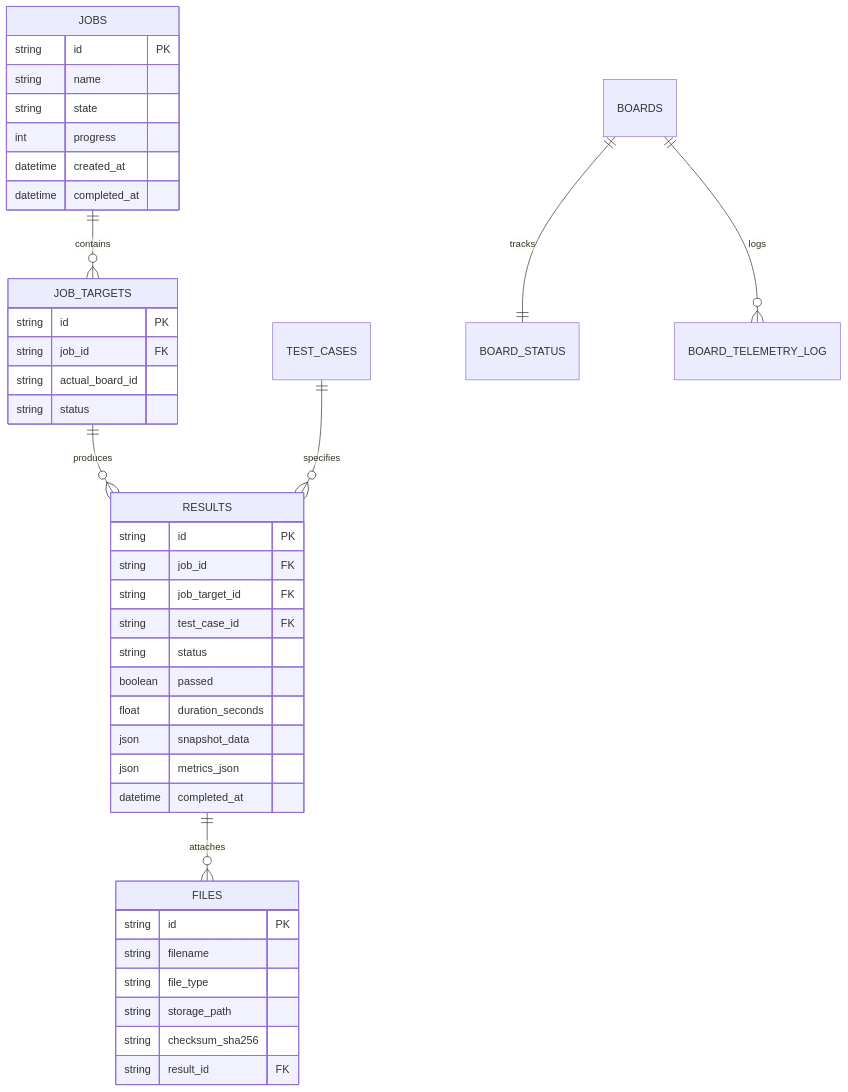
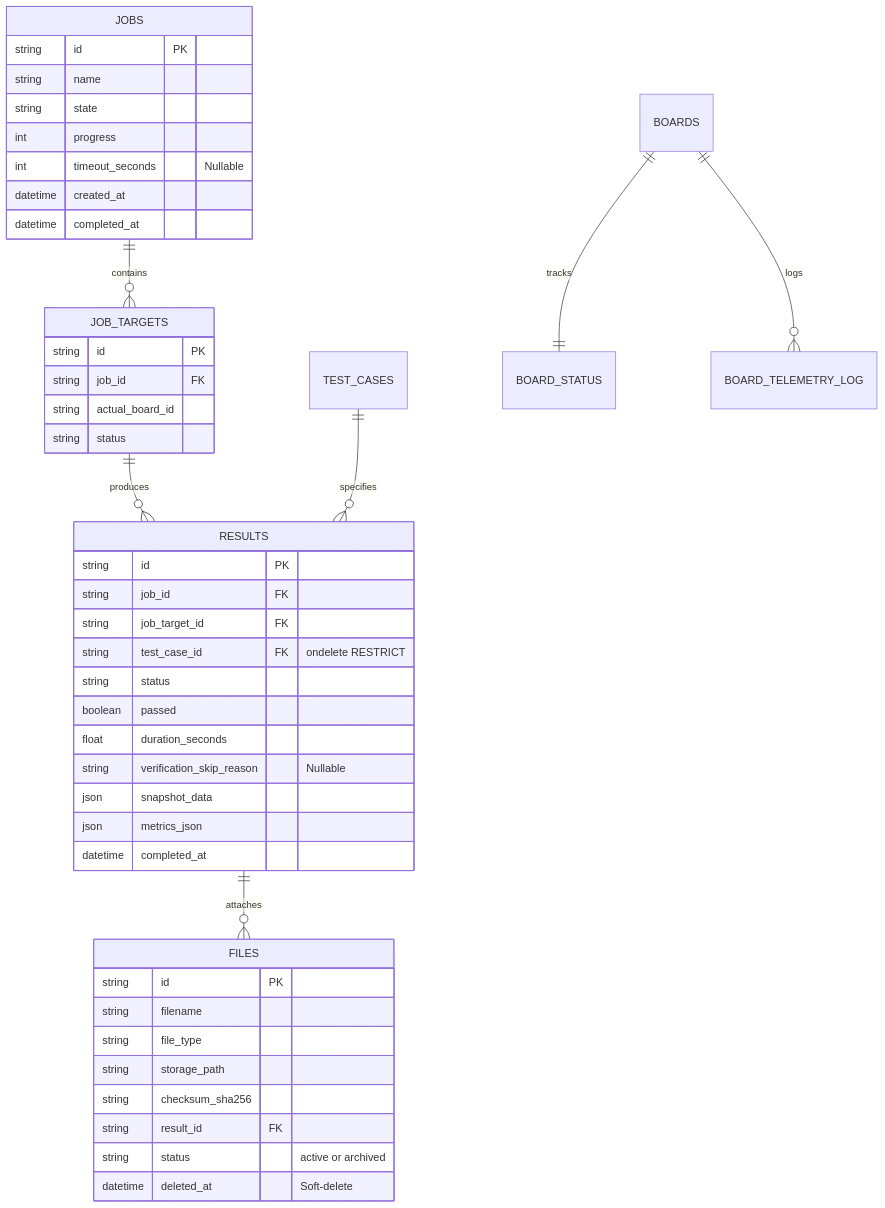
Before and after one commit to chickky2408/Automate-Eval-System-V2-P3: the second of 2 diagrams in HANDOFF_DOCUMENTATION.md, drawn with Mermaid. The commit also changed other lines of this file and 1 other file, not shown here.

````diff
--- a/HANDOFF_DOCUMENTATION.md
+++ b/HANDOFF_DOCUMENTATION.md
@@ -105,44 +113,48 @@
 ```mermaid
 erDiagram
     JOBS ||--o{ JOB_TARGETS : contains
     JOB_TARGETS ||--o{ RESULTS : produces
     TEST_CASES ||--o{ RESULTS : specifies
     RESULTS ||--o{ FILES : attaches
     BOARDS ||--|| BOARD_STATUS : tracks
     BOARDS ||--o{ BOARD_TELEMETRY_LOG : logs
 
     JOBS {
         string id PK
         string name
         string state
         int progress
+        int timeout_seconds "Nullable"
         datetime created_at
         datetime completed_at
     }
     JOB_TARGETS {
         string id PK
         string job_id FK
         string actual_board_id
         string status
     }
     RESULTS {
         string id PK
         string job_id FK
         string job_target_id FK
-        string test_case_id FK
+        string test_case_id FK "ondelete RESTRICT"
         string status
         boolean passed
         float duration_seconds
+        string verification_skip_reason "Nullable"
         json snapshot_data
         json metrics_json
         datetime completed_at
     }
     FILES {
         string id PK
         string filename
         string file_type
         string storage_path
         string checksum_sha256
         string result_id FK
+        string status "active or archived"
+        datetime deleted_at "Soft-delete"
     }
 ```
````
